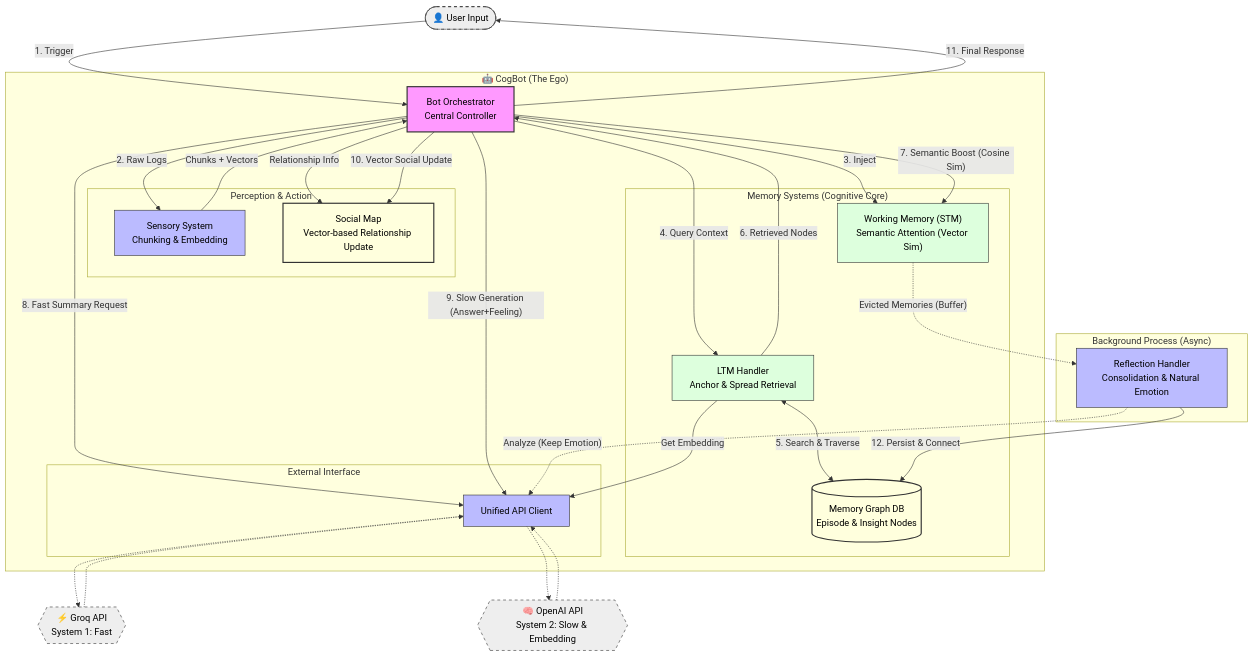
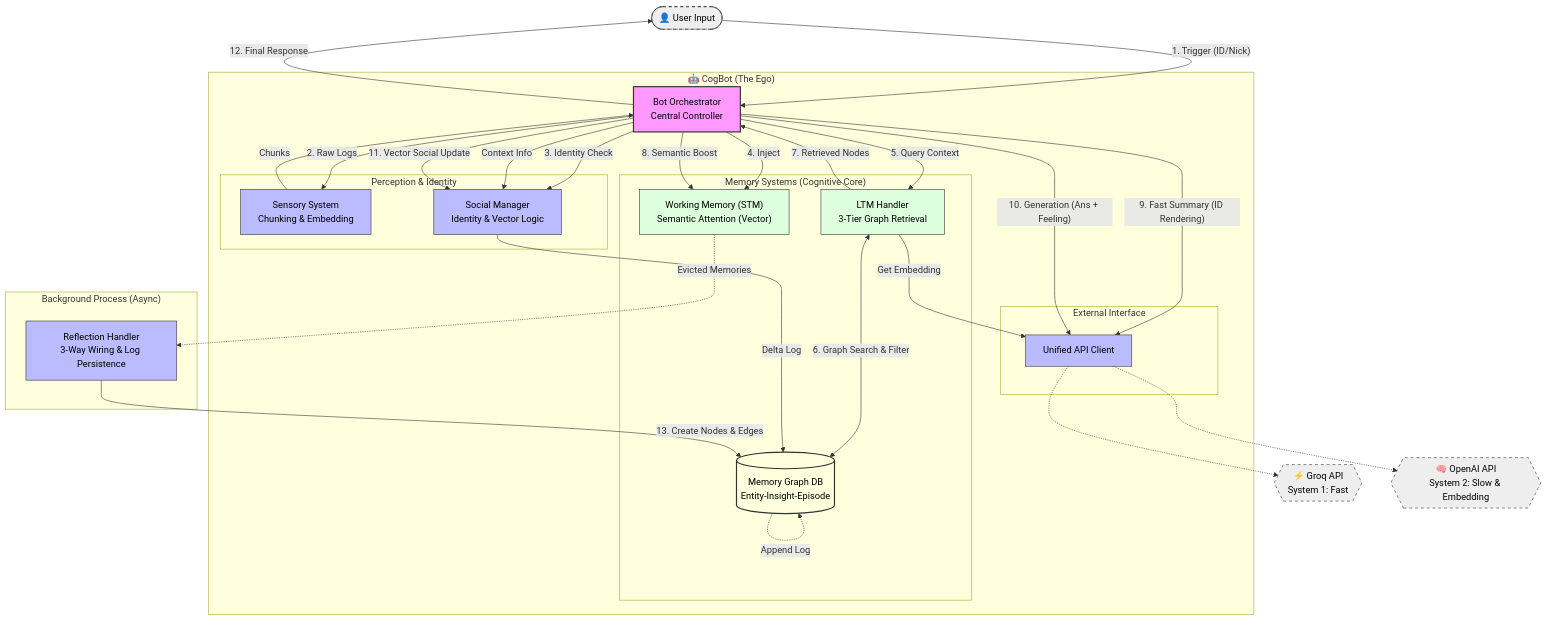
The diagram in readme.md (lpaiu-cs/Artificial-Consciousness), drawn with Mermaid before and after one commit. The commit also changed other lines of this file and 1 other file, not shown here.

````diff
--- a/readme.md
+++ b/readme.md
@@ -172,77 +174,77 @@
 ```mermaid
 graph TD
     %% --- Styling ---
     classDef ego fill:#f9f,stroke:#333,stroke-width:2px,color:#000;
     classDef memory fill:#dfd,stroke:#333,stroke-width:1px,color:#000;
     classDef process fill:#bbf,stroke:#333,stroke-width:1px,color:#000;
     classDef external fill:#eee,stroke:#333,stroke-width:1px,stroke-dasharray: 5 5,color:#000;
     classDef database fill:#ffd,stroke:#333,stroke-width:2px,color:#000;
 
     %% --- External Entities ---
     User([👤 User Input]):::external
     API_Groq{{⚡ Groq API<br/>System 1: Fast}}:::external
     API_OpenAI{{🧠 OpenAI API<br/>System 2: Slow & Embedding}}:::external
 
     %% --- Main System ---
     subgraph "🤖 CogBot (The Ego)"
         BO["Bot Orchestrator<br/>Central Controller"]:::ego
         
-        subgraph "Perception & Action"
+        subgraph "Perception & Identity"
             Sensory["Sensory System<br/>Chunking & Embedding"]:::process
-            Social["Social Map<br/>Vector-based Relationship Update"]:::database
+            SocialManager["Social Manager<br/>Identity & Vector Logic"]:::process
         end
         
         subgraph "Memory Systems (Cognitive Core)"
-            STM["Working Memory (STM)<br/>Semantic Attention (Vector Sim)"]:::memory
-            LTM_Handler["LTM Handler<br/>Anchor & Spread Retrieval"]:::memory
-            LTM_Graph[("Memory Graph DB<br/>Episode & Insight Nodes")]:::database
+            STM["Working Memory (STM)<br/>Semantic Attention (Vector)"]:::memory
+            LTM_Handler["LTM Handler<br/>3-Tier Graph Retrieval"]:::memory
+            LTM_Graph[("Memory Graph DB<br/>Entity-Insight-Episode")]:::database
         end
         
         subgraph "External Interface"
             UnifiedAPI["Unified API Client"]:::process
         end
     end
 
     %% --- Background Process ---
     subgraph "Background Process (Async)"
-        Reflection["Reflection Handler<br/>Consolidation & Natural Emotion"]:::process
+        Reflection["Reflection Handler<br/>3-Way Wiring & Log Persistence"]:::process
     end
 
     %% --- Main Flow ---
-    User -->|"1. Trigger"| BO
+    User -->|"1. Trigger (ID/Nick)"| BO
 
-    %% 2. Perception & STM Injection
+    %% 2. Perception
     BO -->|"2. Raw Logs"| Sensory
-    Sensory -->|"Chunks + Vectors"| BO
-    BO -->|"3. Inject"| STM
+    Sensory -->|"Chunks"| BO
+    BO -->|"3. Identity Check"| SocialManager
+    BO -->|"4. Inject"| STM
 
     %% 3. Retrieval Loop
-    BO -->|"4. Query Context"| LTM_Handler
+    BO -->|"5. Query Context"| LTM_Handler
     LTM_Handler -->|"Get Embedding"| UnifiedAPI
-    LTM_Handler <-->|"5. Search & Traverse"| LTM_Graph
-    LTM_Handler -->|"6. Retrieved Nodes"| BO
+    LTM_Handler <-->|"6. Graph Search & Filter"| LTM_Graph
+    LTM_Handler -->|"7. Retrieved Nodes"| BO
     
-    %% 4. Attention (Vector Update)
-    BO -->|"7. Semantic Boost (Cosine Sim)"| STM
+    %% 4. Attention
+    BO -->|"8. Semantic Boost"| STM
 
-    %% 5. Cognition (Dual Process)
-    BO -->|"Relationship Info"| Social
+    %% 5. Cognition
+    BO -->|"Context Info"| SocialManager
     
-    BO -->|"8. Fast Summary Request"| UnifiedAPI
+    BO -->|"9. Fast Summary (ID Rendering)"| UnifiedAPI
     UnifiedAPI -.-> API_Groq
-    API_Groq -.-> UnifiedAPI
     
-    BO -->|"9. Slow Generation (Answer+Feeling)"| UnifiedAPI
+    BO -->|"10. Generation (Ans + Feeling)"| UnifiedAPI
     UnifiedAPI -.-> API_OpenAI
-    API_OpenAI -.-> UnifiedAPI
 
-    %% 6. Action & Social Update
-    BO -->|"10. Vector Social Update"| Social
-    BO -->|"11. Final Response"| User
+    %% 6. Action & Social
+    BO -->|"11. Vector Social Update"| SocialManager
+    SocialManager -->|"Delta Log"| LTM_Graph
+    BO -->|"12. Final Response"| User
 
     %% --- Background Flows ---
-    STM -.->|"Evicted Memories (Buffer)"| Reflection
-    Reflection -.->|"Analyze (Keep Emotion)"| UnifiedAPI
-    Reflection -->|"12. Persist & Connect"| LTM_Graph
+    STM -.->|"Evicted Memories"| Reflection
+    Reflection -->|"13. Create Nodes & Edges"| LTM_Graph
+    LTM_Graph -.->|"Append Log"| LTM_Graph
 
 ```
````
